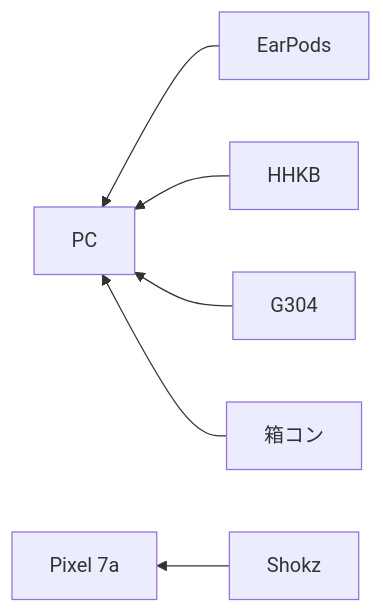
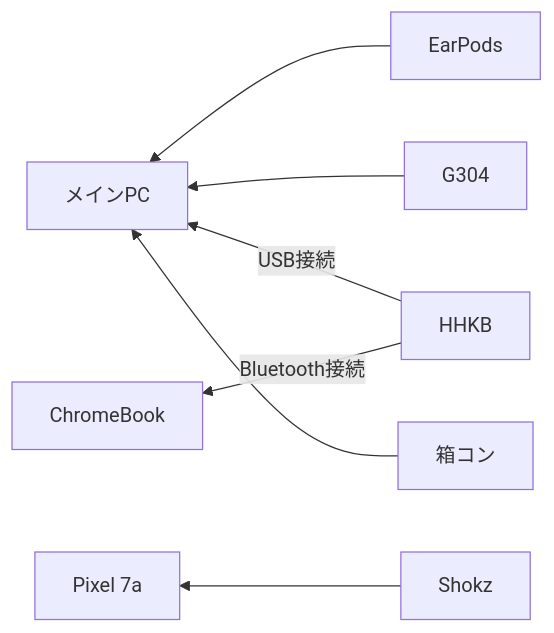
One commit to sh1Nome/personal-knowledge-hub changed the diagram in device/README.md. Above: the diagram before and after it, drawn with Mermaid. The commit also changed other lines of this file, not shown here.

First line of the commit message:
[update] 接続図と設定の情報を更新

````diff
--- a/device/README.md
+++ b/device/README.md
@@ -15,17 +16,19 @@
 ```mermaid
 graph RL
-    pc[PC]
+    pc[メインPC]
+    chromebook[ChromeBook]
     pixel[Pixel 7a]
     hhkb[HHKB]
     shokz[Shokz]
     earpods[EarPods]
     g304[G304]
     xbox[箱コン]
 
     earpods --> pc
-    hhkb --> pc
+    hhkb -->|USB接続| pc
     g304 --> pc
     xbox --> pc
 
     shokz --> pixel
+    hhkb -->|Bluetooth接続| chromebook
 ```
````
